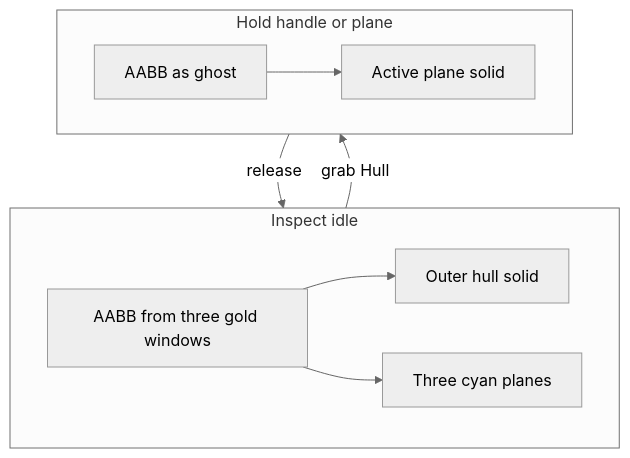
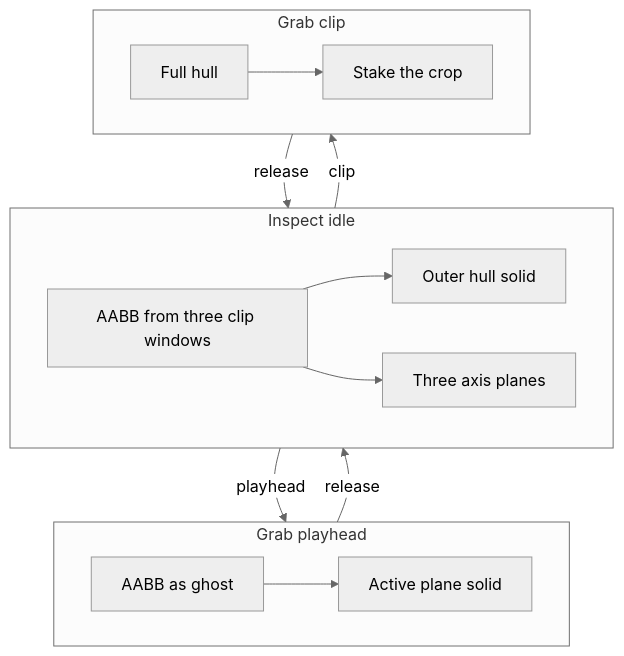
Before and after one commit to PiMaV/DONNER: the seventh of 11 diagrams in docs/gui.md, drawn with Mermaid (neutral theme). The commit also changed other lines of this file and 22 other files, not shown here.

Commit message:
Give Inspect a stable plane language so Z stays put, frame grabs stay on-axis, and clip rings can stake the hull.

````diff
--- a/docs/gui.md
+++ b/docs/gui.md
@@ -247,17 +255,24 @@
 ```mermaid
 flowchart TB
   subgraph idle [Inspect idle]
-    aabb[AABB from three gold windows]
+    aabb[AABB from three clip windows]
     hull[Outer hull solid]
-    planes[Three cyan planes]
+    planes[Three axis planes]
     aabb --> hull
     aabb --> planes
   end
-  subgraph drag [Hold handle or plane]
+  subgraph play [Grab playhead]
     ghost[AABB as ghost]
     cut[Active plane solid]
     ghost --> cut
   end
-  idle -->|grab Hull| drag
-  drag -->|release| idle
+  subgraph clip [Grab clip]
+    full[Full hull]
+    stake[Stake the crop]
+    full --> stake
+  end
+  idle -->|playhead| play
+  idle -->|clip| clip
+  play -->|release| idle
+  clip -->|release| idle
 ```
````
